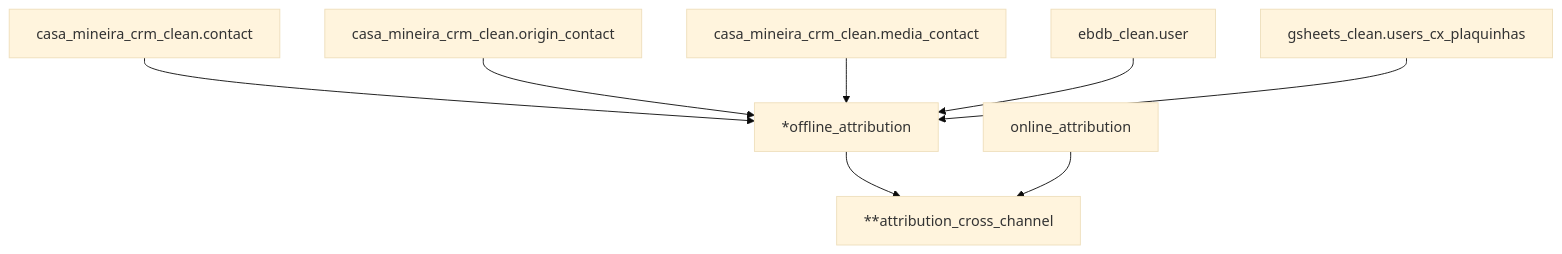
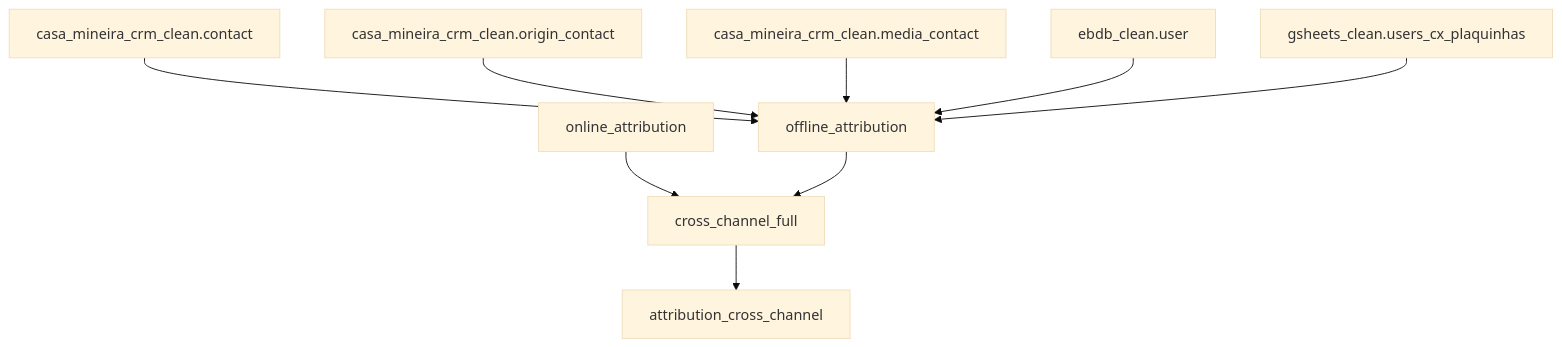
One commit to joseotaviorf/oh-my-pi changed the diagram in bietlejuice/jobs/composer/dags/enrich_tracked_events/enrich_tracked_events.md. Above: the diagram before and after it, drawn with Mermaid (base theme). The commit also changed other lines of this file and 2 other files, not shown here.

Commit message:
[GROW-390] Adding incremental clause and MD comments to enrich_tracked_events (#8413)
* incremental

* adding comments

* adjusts

````diff
--- a/bietlejuice/jobs/composer/dags/enrich_tracked_events/enrich_tracked_events.md
+++ b/bietlejuice/jobs/composer/dags/enrich_tracked_events/enrich_tracked_events.md
@@ -29,10 +30,11 @@
 ```mermaid
 graph TD;
-    casa_mineira_crm_clean.contact-->*offline_attribution;
-    casa_mineira_crm_clean.origin_contact-->*offline_attribution;
-    casa_mineira_crm_clean.media_contact-->*offline_attribution;
-    ebdb_clean.user-->*offline_attribution;
-    gsheets_clean.users_cx_plaquinhas-->*offline_attribution;
-    *offline_attribution-->**attribution_cross_channel;
-    online_attribution-->**attribution_cross_channel;
+    casa_mineira_crm_clean.contact-->offline_attribution;
+    casa_mineira_crm_clean.origin_contact-->offline_attribution;
+    casa_mineira_crm_clean.media_contact-->offline_attribution;
+    ebdb_clean.user-->offline_attribution;
+    gsheets_clean.users_cx_plaquinhas-->offline_attribution;
+    online_attribution-->cross_channel_full;
+    offline_attribution-->cross_channel_full;
+    cross_channel_full-->attribution_cross_channel;
 ```
````
